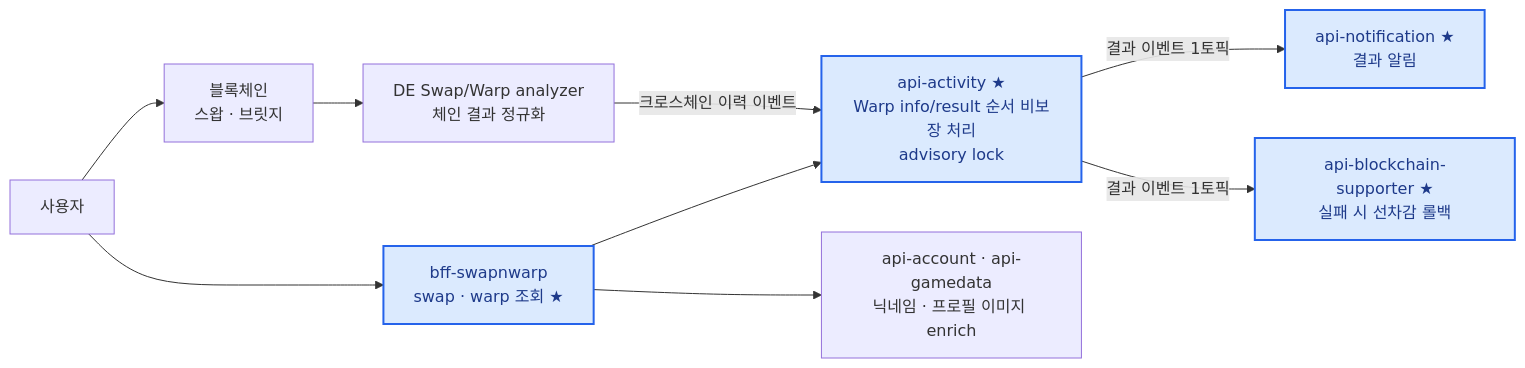
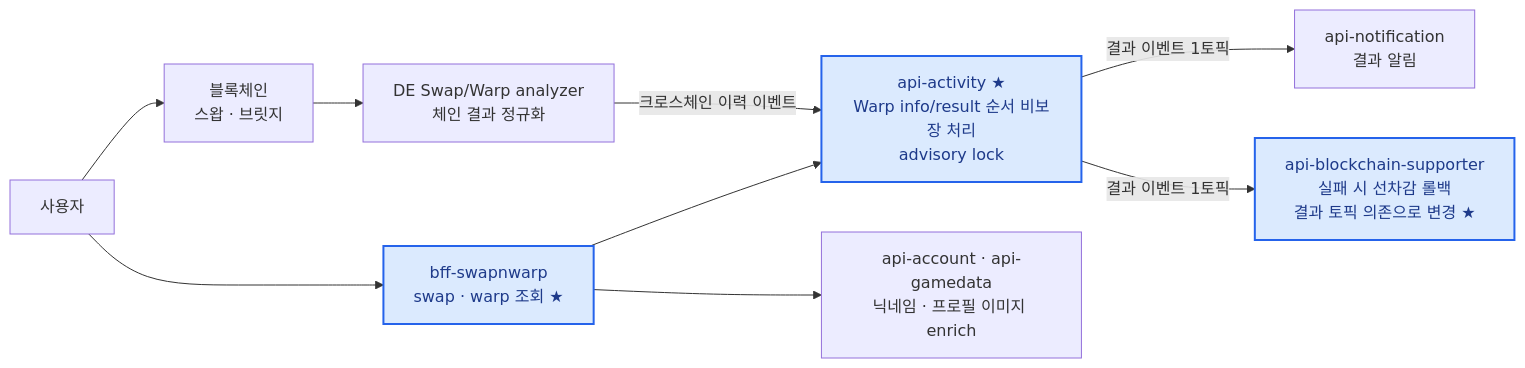
One commit to shalwxy/career changed the diagram in content/diagrams/swapwarp.mmd. Above: the diagram before and after it, drawn with Mermaid. The commit also changed 18 other files, not shown here.

```diff
--- a/content/diagrams/swapwarp.mmd
+++ b/content/diagrams/swapwarp.mmd
@@ -1,13 +1,13 @@
 %% title: Swap & Warp — 크로스체인 전송 이력
 %% title_en: Swap & Warp — cross-chain transfer history
 flowchart LR
     U[사용자] --> SW[bff-swapnwarp<br/>swap · warp 조회 ★]
     U --> BC[블록체인<br/>스왑 · 브릿지]
     BC --> DEA[DE Swap/Warp analyzer<br/>체인 결과 정규화]
     DEA -- 크로스체인 이력 이벤트 --> ACT[api-activity ★<br/>Warp info/result 순서 비보장 처리<br/>advisory lock]
-    ACT -- 결과 이벤트 1토픽 --> NT[api-notification ★<br/>결과 알림]
-    ACT -- 결과 이벤트 1토픽 --> BCS[api-blockchain-supporter ★<br/>실패 시 선차감 롤백]
+    ACT -- 결과 이벤트 1토픽 --> NT[api-notification<br/>결과 알림]
+    ACT -- 결과 이벤트 1토픽 --> BCS[api-blockchain-supporter<br/>실패 시 선차감 롤백<br/>결과 토픽 의존으로 변경 ★]
     SW --> ACT
     SW --> GD[api-account · api-gamedata<br/>닉네임 · 프로필 이미지 enrich]
     classDef mine fill:#dbeafe,stroke:#2563eb,stroke-width:2px,color:#1e3a8a
-    class SW,ACT,NT,BCS mine
+    class SW,ACT,BCS mine
```
